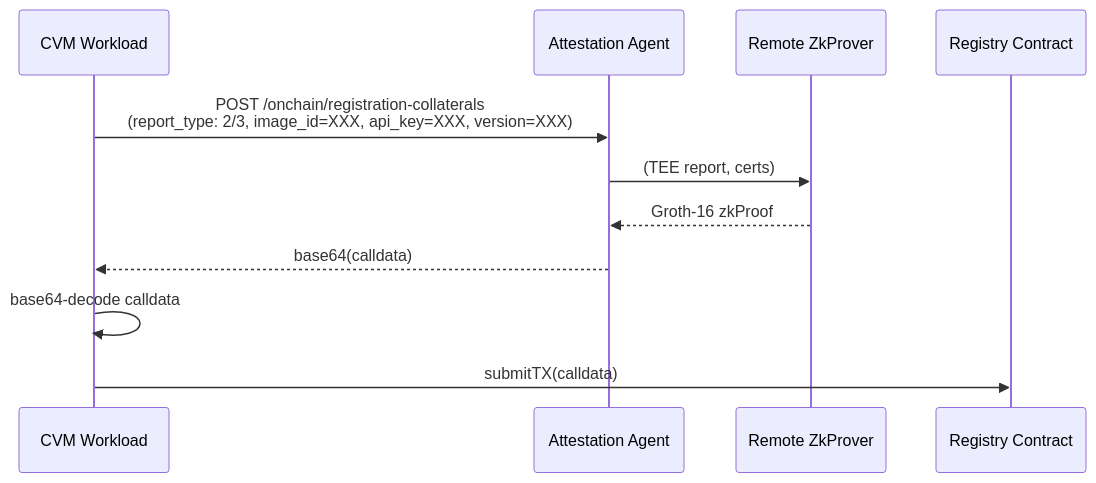
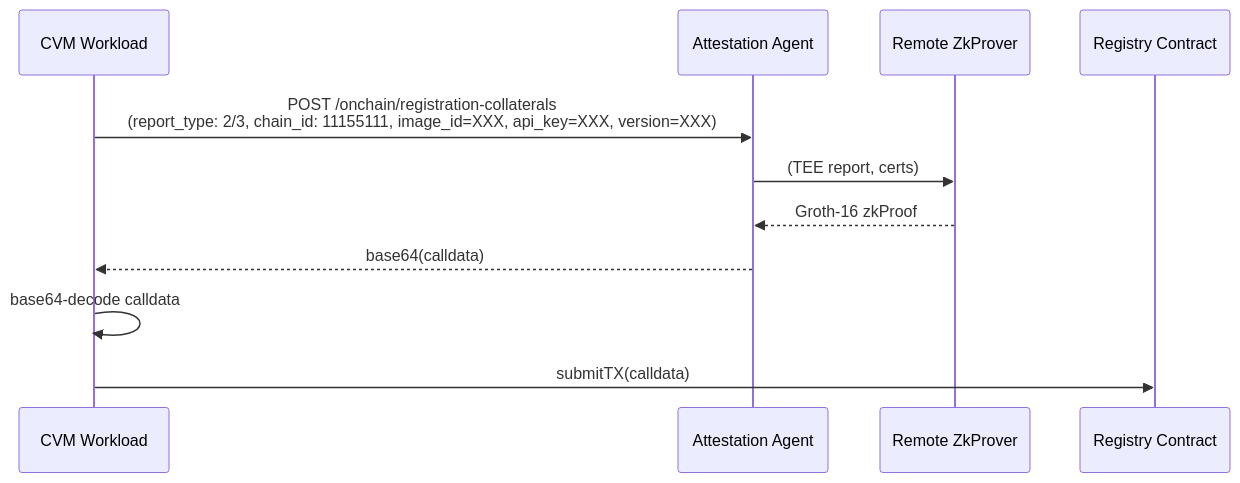
One commit to nuconstruct-ltd/automata-linux changed the third of 6 diagrams in docs/onchain-workflows.md. Above: the diagram before and after it, drawn with Mermaid. The commit also changed other lines of this file and 1 other file, not shown here.

Commit message:
Update onchain api

````diff
--- a/docs/onchain-workflows.md
+++ b/docs/onchain-workflows.md
@@ -48,14 +48,14 @@
 ```mermaid
 sequenceDiagram
     participant CVM as CVM Workload
     participant AA as Attestation Agent
     participant PP as Remote ZkProver
     participant RC as Registry Contract
 
-    CVM->>AA: POST /onchain/registration-collaterals <br/> (report_type: 2/3, image_id=XXX, api_key=XXX, version=XXX)
+    CVM->>AA: POST /onchain/registration-collaterals <br/> (report_type: 2/3, chain_id: 11155111, image_id=XXX, api_key=XXX, version=XXX)
     AA->>PP: (TEE report, certs)
     PP-->>AA: Groth-16 zkProof
     AA-->>CVM: base64(calldata)
     CVM->>CVM: base64-decode calldata
     CVM->>RC: submitTX(calldata)
 ```
````
